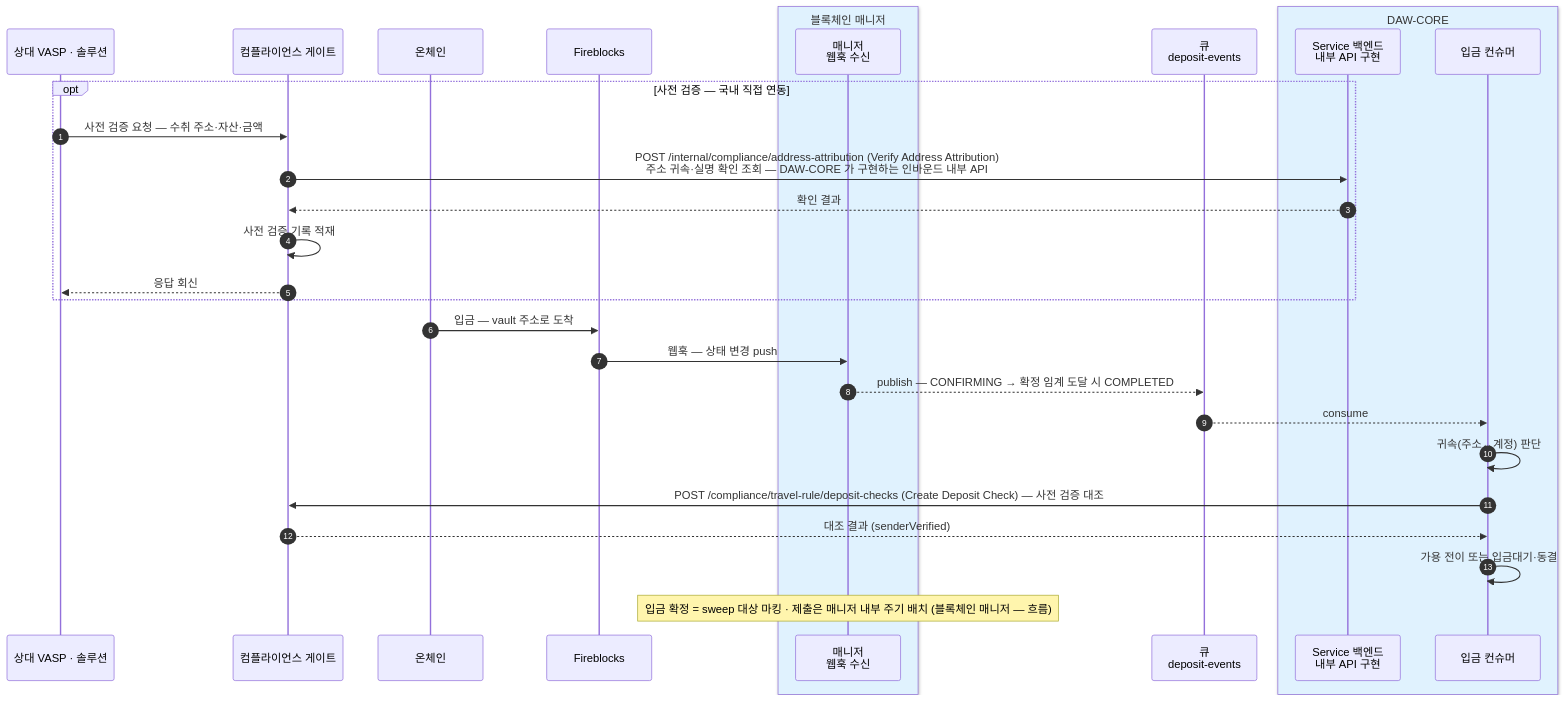
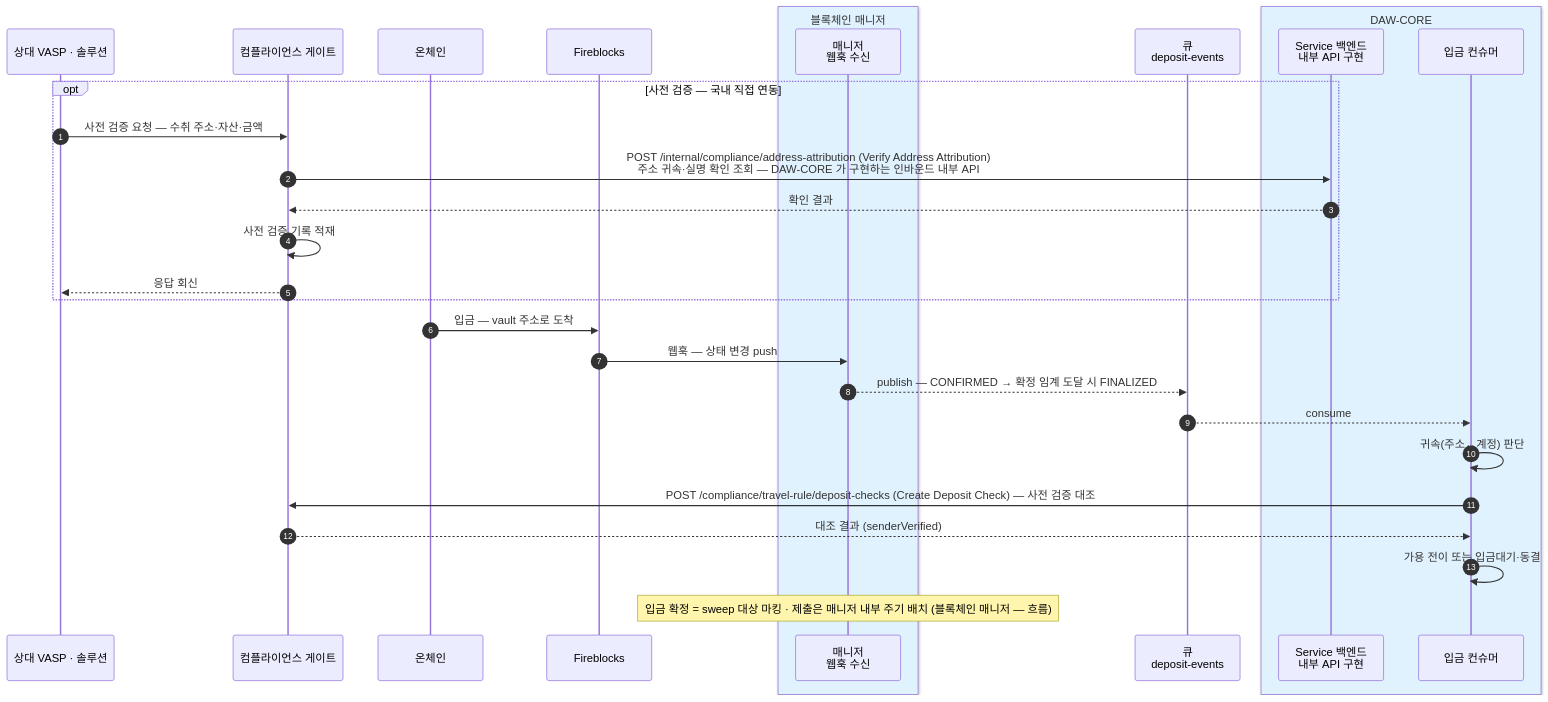
One commit to eunsujeo/eunpus changed the third of 3 diagrams in blockchain-manager/docs/BC/설계/01-infra.md. Above: the diagram before and after it, drawn with Mermaid. The commit also changed other lines of this file and 17 other files, not shown here.

First line of the commit message:
TxStatus 계약 어휘 개명 — CONFIRMING→CONFIRMED, COMPLETED→FINALIZED

````diff
--- a/blockchain-manager/docs/BC/설계/01-infra.md
+++ b/blockchain-manager/docs/BC/설계/01-infra.md
@@ -186,33 +186,33 @@
 ```mermaid
 sequenceDiagram
     autonumber
     participant NET as 상대 VASP · 솔루션
     participant CP as 컴플라이언스 게이트
     participant CH as 온체인
     participant FB as Fireblocks
     box rgb(224,242,254) 블록체인 매니저
     participant BM as 매니저<br/>웹훅 수신
     end
     participant MQ as 큐<br/>deposit-events
     box rgb(224,242,254) DAW-CORE
     participant SVC as Service 백엔드<br/>내부 API 구현
     participant BE as 입금 컨슈머
     end
 
     opt 사전 검증 — 국내 직접 연동
         NET->>CP: 사전 검증 요청 — 수취 주소·자산·금액
         CP->>SVC: POST /internal/compliance/address-attribution (Verify Address Attribution)<br/>주소 귀속·실명 확인 조회 — DAW-CORE 가 구현하는 인바운드 내부 API
         SVC-->>CP: 확인 결과
         CP->>CP: 사전 검증 기록 적재
         CP-->>NET: 응답 회신
     end
     CH->>FB: 입금 — vault 주소로 도착
     FB->>BM: 웹훅 — 상태 변경 push
-    BM-->>MQ: publish — CONFIRMING → 확정 임계 도달 시 COMPLETED
+    BM-->>MQ: publish — CONFIRMED → 확정 임계 도달 시 FINALIZED
     MQ-->>BE: consume
     BE->>BE: 귀속(주소↔계정) 판단
     BE->>CP: POST /compliance/travel-rule/deposit-checks (Create Deposit Check) — 사전 검증 대조
     CP-->>BE: 대조 결과 (senderVerified)
     BE->>BE: 가용 전이 또는 입금대기·동결
     Note over BM: 입금 확정 = sweep 대상 마킹 · 제출은 매니저 내부 주기 배치 (블록체인 매니저 — 흐름)
 ```
````
